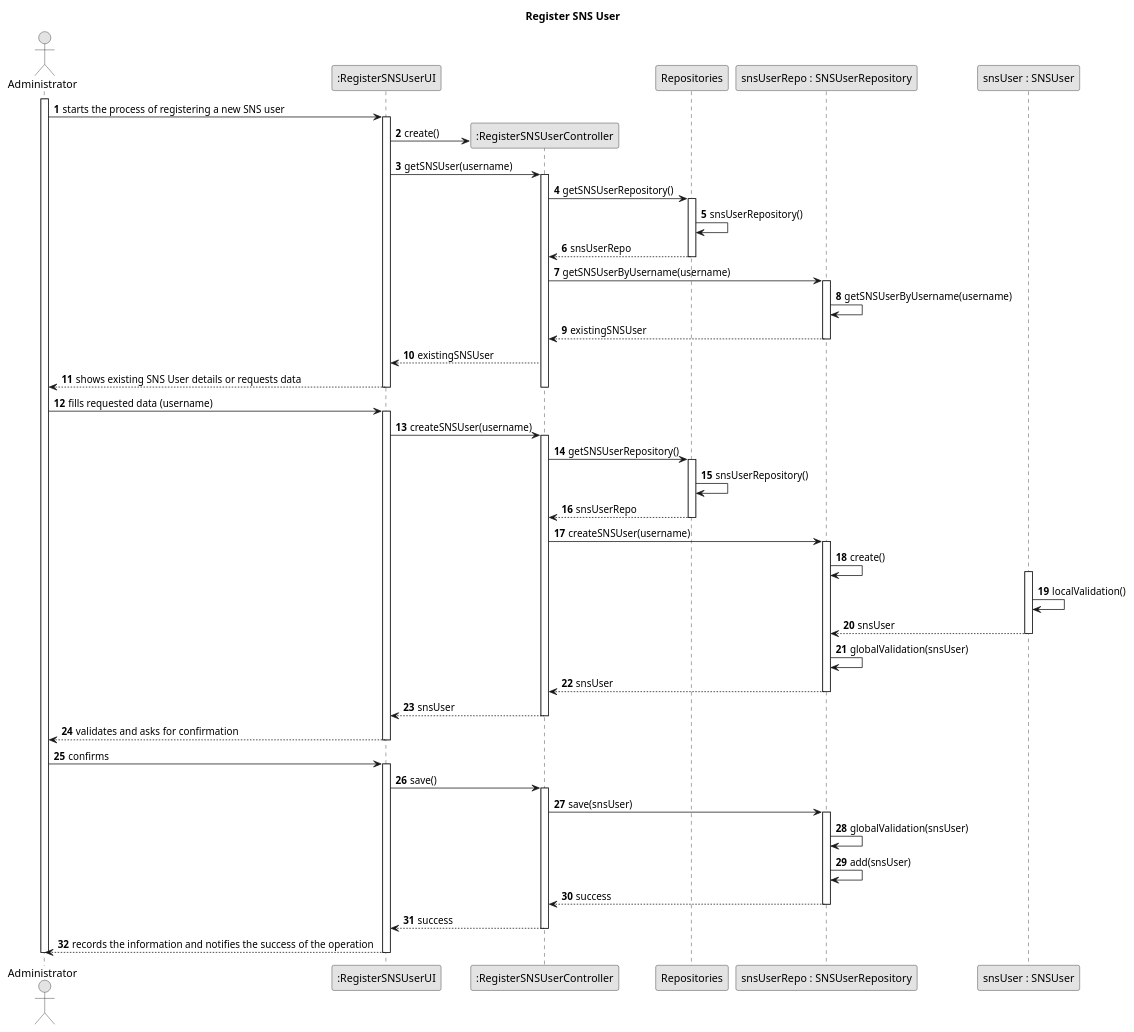
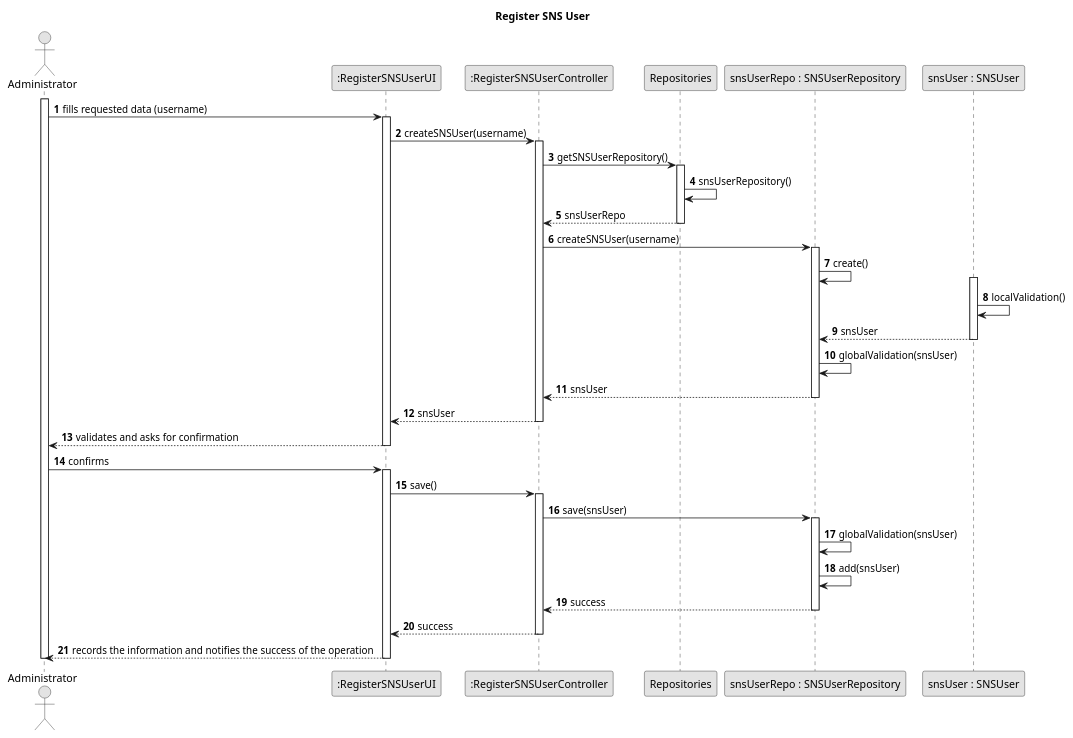
The diagram in sns-base/doc/global/use-cases/UC020/uc020-sd.puml (franciscomaia097/ProjectoPDS), drawn with PlantUML before and after one commit. The commit also changed 13 other files, not shown here.

Commit message:
Fixed UML Models, added Registe User classes

```diff
--- a/sns-base/doc/global/use-cases/UC020/uc020-sd.puml
+++ b/sns-base/doc/global/use-cases/UC020/uc020-sd.puml
@@ -1,79 +1,60 @@
 @startuml
 skinparam monochrome true
 skinparam packageStyle rectangle
 skinparam shadowing false
 
 title Register SNS User
 
 autonumber
 
 actor Administrator
 participant ":RegisterSNSUserUI" as ui
 participant ":RegisterSNSUserController" as ctrl
 participant Repositories
 participant "snsUserRepo : SNSUserRepository" as snsUserRepo
 participant "snsUser : SNSUser" as snsUser
 
 activate Administrator
 
-    Administrator -> ui : starts the process of registering a new SNS user
-    activate ui
-        ui -> ctrl** : create()
-        ui -> ctrl : getSNSUser(username)
-        activate ctrl
-            ctrl -> Repositories : getSNSUserRepository()
-            activate Repositories
-                Repositories -> Repositories : snsUserRepository()
-                Repositories-->ctrl : snsUserRepo
-            deactivate Repositories
-            ctrl -> snsUserRepo : getSNSUserByUsername(username)
-            activate snsUserRepo
-                snsUserRepo -> snsUserRepo : getSNSUserByUsername(username)
-                snsUserRepo --> ctrl : existingSNSUser
-            deactivate snsUserRepo
-            ctrl --> ui : existingSNSUser
-            ui --> Administrator : shows existing SNS User details or requests data
-        deactivate ctrl
-    deactivate ui
 
     Administrator -> ui : fills requested data (username)
     activate ui
         ui -> ctrl : createSNSUser(username)
         activate ctrl
             ctrl -> Repositories : getSNSUserRepository()
             activate Repositories
                 Repositories -> Repositories : snsUserRepository()
                 Repositories --> ctrl : snsUserRepo
             deactivate Repositories
             ctrl -> snsUserRepo : createSNSUser(username)
             activate snsUserRepo
                 snsUserRepo -> snsUserRepo : create()
                 activate snsUser
                     snsUser -> snsUser : localValidation()
                     snsUser --> snsUserRepo : snsUser
                 deactivate snsUser
                 snsUserRepo -> snsUserRepo : globalValidation(snsUser)
                 snsUserRepo --> ctrl : snsUser
             deactivate snsUserRepo
             ctrl --> ui : snsUser
         deactivate ctrl
         ui --> Administrator : validates and asks for confirmation
     deactivate ui
 
     Administrator -> ui : confirms
     activate ui
         ui -> ctrl : save()
         activate ctrl
             ctrl -> snsUserRepo : save(snsUser)
             activate snsUserRepo
                 snsUserRepo -> snsUserRepo : globalValidation(snsUser)
                 snsUserRepo -> snsUserRepo : add(snsUser)
                 snsUserRepo --> ctrl : success
             deactivate snsUserRepo
             ctrl --> ui : success
         deactivate ctrl
         ui --> Administrator : records the information and notifies the success of the operation
     deactivate ui
 deactivate Administrator
 
 @enduml
```
